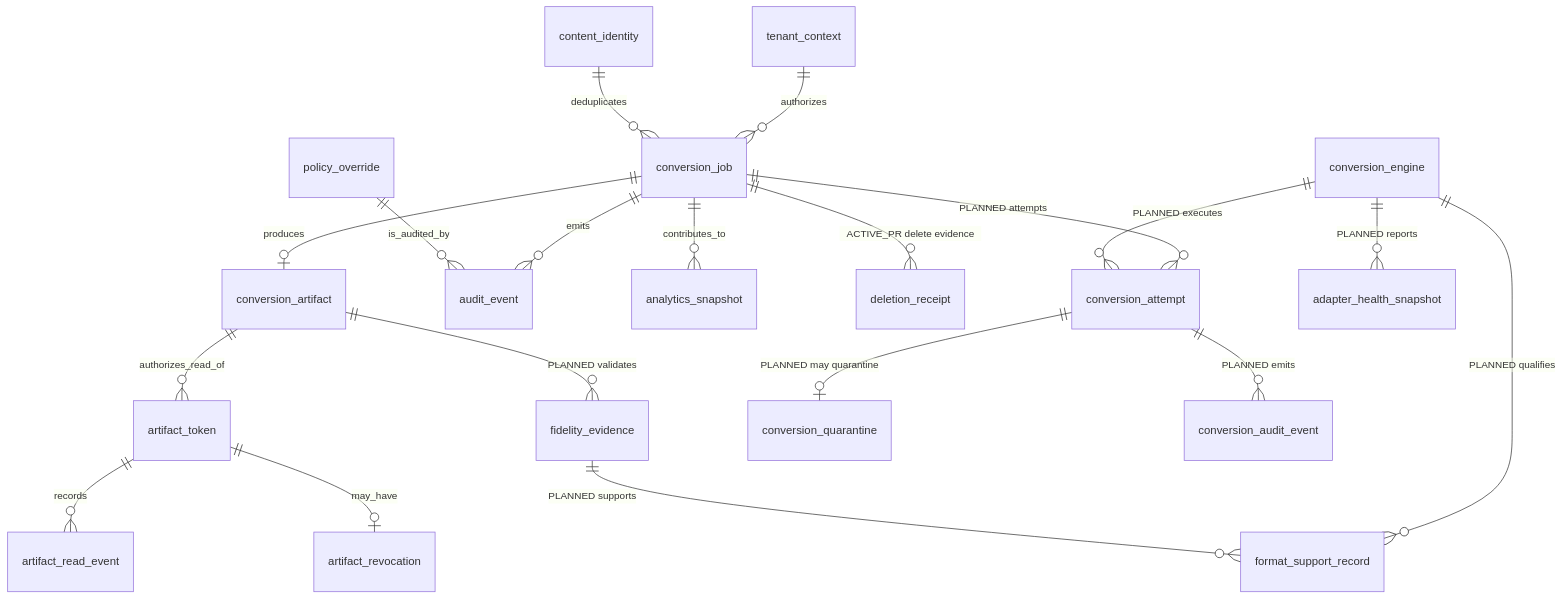
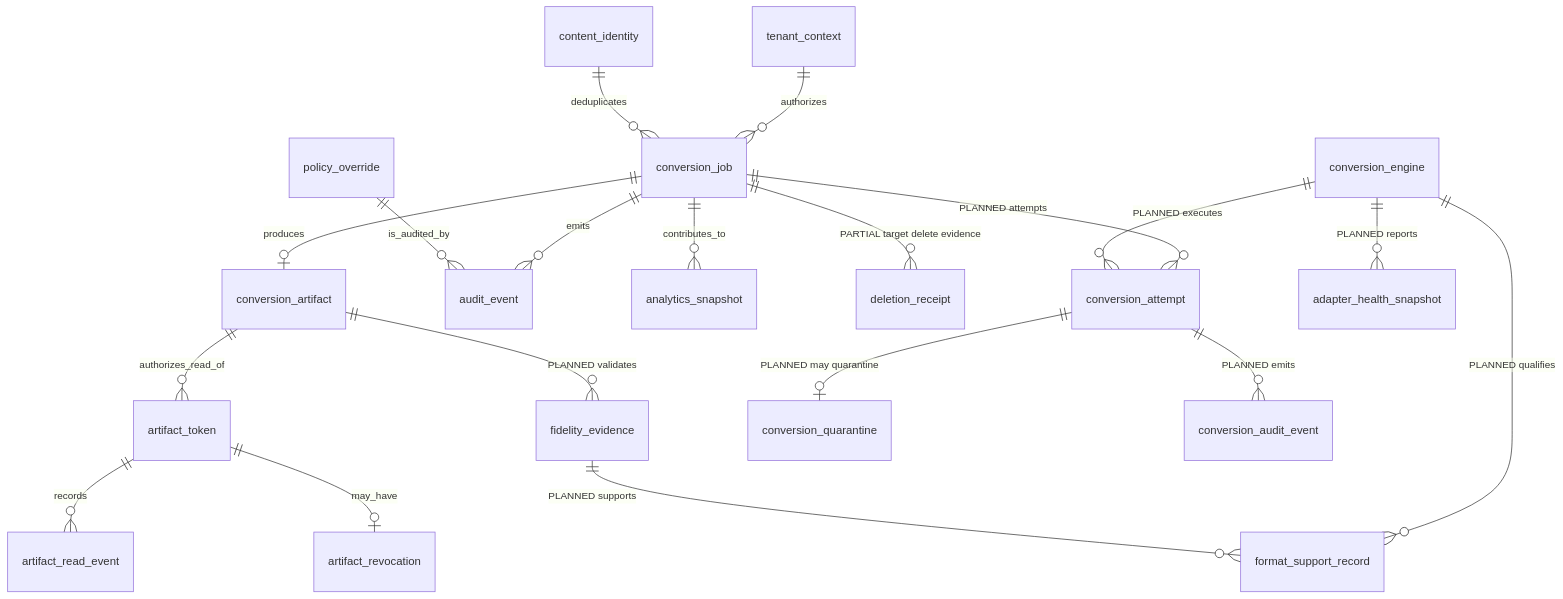
The first of 3 diagrams in docs/DATA_MODEL.md (ContextualWisdomLab/clearfolio), drawn with Mermaid before and after one commit. The commit also changed other lines of this file, not shown here.

Commit message:
docs: classify deletion model as partial target

````diff
--- a/docs/DATA_MODEL.md
+++ b/docs/DATA_MODEL.md
@@ -57,21 +57,21 @@
 ```mermaid
 erDiagram
     tenant_context ||--o{ conversion_job : authorizes
     content_identity ||--o{ conversion_job : deduplicates
     conversion_job ||--o| conversion_artifact : produces
     conversion_artifact ||--o{ artifact_token : authorizes_read_of
     artifact_token ||--o{ artifact_read_event : records
     artifact_token ||--o| artifact_revocation : may_have
     conversion_job ||--o{ audit_event : emits
     policy_override ||--o{ audit_event : is_audited_by
     conversion_job ||--o{ analytics_snapshot : contributes_to
-    conversion_job ||--o{ deletion_receipt : "ACTIVE_PR delete evidence"
+    conversion_job ||--o{ deletion_receipt : "PARTIAL target delete evidence"
     conversion_artifact ||--o{ fidelity_evidence : "PLANNED validates"
     conversion_job ||--o{ conversion_attempt : "PLANNED attempts"
     conversion_engine ||--o{ conversion_attempt : "PLANNED executes"
     conversion_attempt ||--o| conversion_quarantine : "PLANNED may quarantine"
     conversion_engine ||--o{ adapter_health_snapshot : "PLANNED reports"
     conversion_engine ||--o{ format_support_record : "PLANNED qualifies"
     fidelity_evidence ||--o{ format_support_record : "PLANNED supports"
     conversion_attempt ||--o{ conversion_audit_event : "PLANNED emits"
 ```
````
